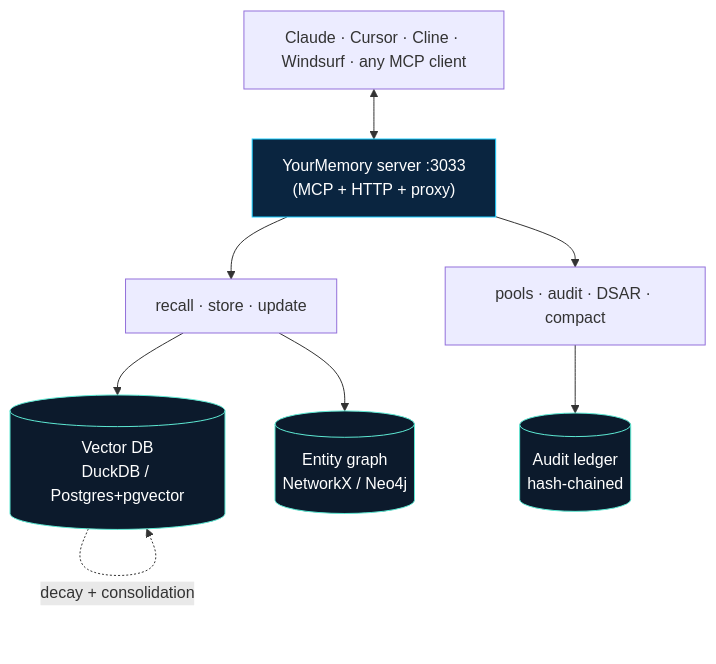
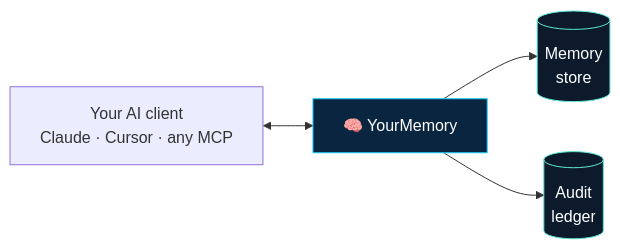
The seventh of 7 diagrams in README.md (sachitrafa/YourMemory), drawn with Mermaid before and after one commit. The commit also changed other lines of this file, not shown here.

Commit message:
docs: simplify architecture + retrieval diagrams to overviews
Replace the detailed full-architecture flowchart with a high-level overview
(client ↔ YourMemory ↔ memory/audit) and collapse the multi-round retrieval
pipeline into a simple 4-step overview. Less internal detail, clearer at a glance.

````diff
--- a/README.md
+++ b/README.md
@@ -392,15 +382,9 @@
 ```mermaid
-flowchart TB
-    CLIENT["Claude · Cursor · Cline · Windsurf · any MCP client"]
-    CLIENT <--> API["YourMemory server :3033<br/>(MCP + HTTP + proxy)"]
-    API --> RECALL["recall · store · update"]
-    API --> POOLS["pools · audit · DSAR · compact"]
-    RECALL --> VEC[("Vector DB<br/>DuckDB / Postgres+pgvector")]
-    RECALL --> GRAPH[("Entity graph<br/>NetworkX / Neo4j")]
-    POOLS --> LEDGER[("Audit ledger<br/>hash-chained")]
-    VEC -.decay + consolidation.-> VEC
-    style API fill:#0a2540,stroke:#19cdff,color:#fff
-    style VEC fill:#0c1a2c,stroke:#5eead4,color:#fff
-    style GRAPH fill:#0c1a2c,stroke:#5eead4,color:#fff
-    style LEDGER fill:#0c1a2c,stroke:#5eead4,color:#fff
+flowchart LR
+    C["Your AI client<br/>Claude · Cursor · any MCP"] <--> Y["🧠 YourMemory"]
+    Y --> M[("Memory<br/>store")]
+    Y --> A[("Audit<br/>ledger")]
+    style Y fill:#0a2540,stroke:#19cdff,color:#fff
+    style M fill:#0c1a2c,stroke:#5eead4,color:#fff
+    style A fill:#0c1a2c,stroke:#5eead4,color:#fff
 ```
````
